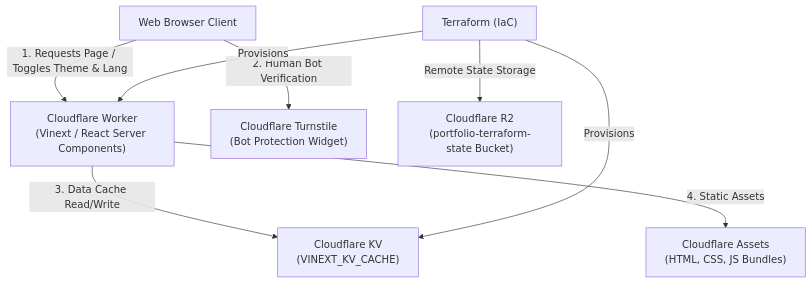
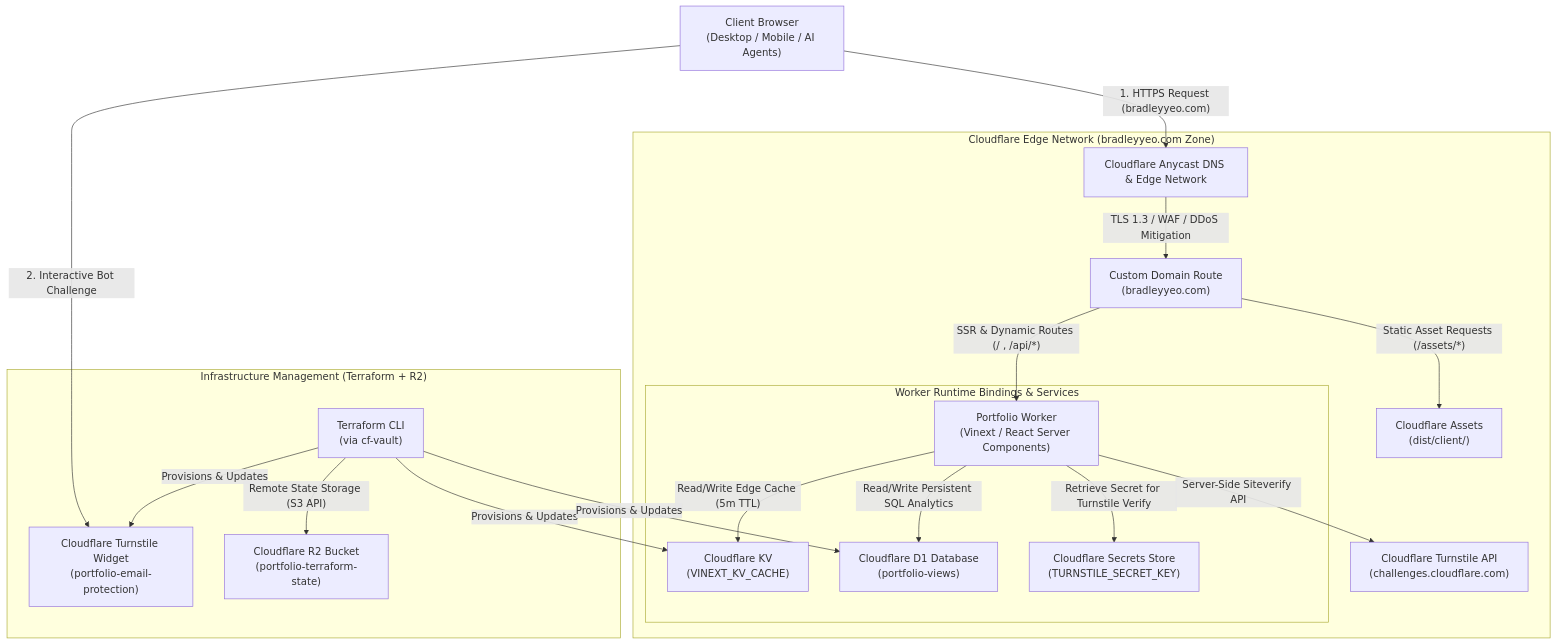
One commit to BradleyYeo/cf-fundametals changed the diagram in README.md. Above: the diagram before and after it, drawn with Mermaid. The commit also changed other lines of this file and 8 other files, not shown here.

Commit message:
feat: configure R2 remote state backend, implement API rate limiting, and update Cloudflare infrastructure resources with static assets.

````diff
--- a/README.md
+++ b/README.md
@@ -26,12 +41,28 @@
 ```mermaid
 graph TD
-    User["Web Browser Client"] -->|"1. Requests Page / Toggles Theme & Lang"| VinextWorker["Cloudflare Worker<br/>(Vinext / React Server Components)"]
-    User -->|"2. Human Bot Verification"| Turnstile["Cloudflare Turnstile<br/>(Bot Protection Widget)"]
-    
-    VinextWorker -->|"3. Data Cache Read/Write"| KV["Cloudflare KV<br/>(VINEXT_KV_CACHE)"]
-    VinextWorker -->|"4. Static Assets"| Assets["Cloudflare Assets<br/>(HTML, CSS, JS Bundles)"]
-    
-    TF["Terraform (IaC)"] -->|"Remote State Storage"| R2["Cloudflare R2<br/>(portfolio-terraform-state Bucket)"]
-    TF -->|"Provisions"| KV
-    TF -->|"Provisions"| VinextWorker
+    Client["Client Browser<br/>(Desktop / Mobile / AI Agents)"] -->|"1. HTTPS Request (bradleyyeo.com)"| DNS["Cloudflare Anycast DNS & Edge Network"]
+
+    subgraph CloudflareEdge["Cloudflare Edge Network (bradleyyeo.com Zone)"]
+        DNS -->|"TLS 1.3 / WAF / DDoS Mitigation"| CustomDomainRoute["Custom Domain Route<br/>(bradleyyeo.com)"]
+
+        CustomDomainRoute -->|"Static Asset Requests (/assets/*)"| Assets["Cloudflare Assets<br/>(dist/client/)"]
+        CustomDomainRoute -->|"SSR & Dynamic Routes (/ , /api/*)"| Worker["Portfolio Worker<br/>(Vinext / React Server Components)"]
+
+        subgraph WorkerRuntime["Worker Runtime Bindings & Services"]
+            Worker -->|"Read/Write Edge Cache (5m TTL)"| KV["Cloudflare KV<br/>(VINEXT_KV_CACHE)"]
+            Worker -->|"Read/Write Persistent SQL Analytics"| D1["Cloudflare D1 Database<br/>(portfolio-views)"]
+            Worker -->|"Retrieve Secret for Turnstile Verify"| SecretsStore["Cloudflare Secrets Store<br/>(TURNSTILE_SECRET_KEY)"]
+        end
+
+        Worker -->|"Server-Side Siteverify API"| TurnstileAPI["Cloudflare Turnstile API<br/>(challenges.cloudflare.com)"]
+    end
+
+    Client -->|"2. Interactive Bot Challenge"| TurnstileWidget["Cloudflare Turnstile Widget<br/>(portfolio-email-protection)"]
+
+    subgraph IaCState["Infrastructure Management (Terraform + R2)"]
+        TF["Terraform CLI<br/>(via cf-vault)"] -->|"Provisions & Updates"| KV
+        TF -->|"Provisions & Updates"| D1
+        TF -->|"Provisions & Updates"| TurnstileWidget
+        TF -->|"Remote State Storage (S3 API)"| R2["Cloudflare R2 Bucket<br/>(portfolio-terraform-state)"]
+    end
 ```
````
